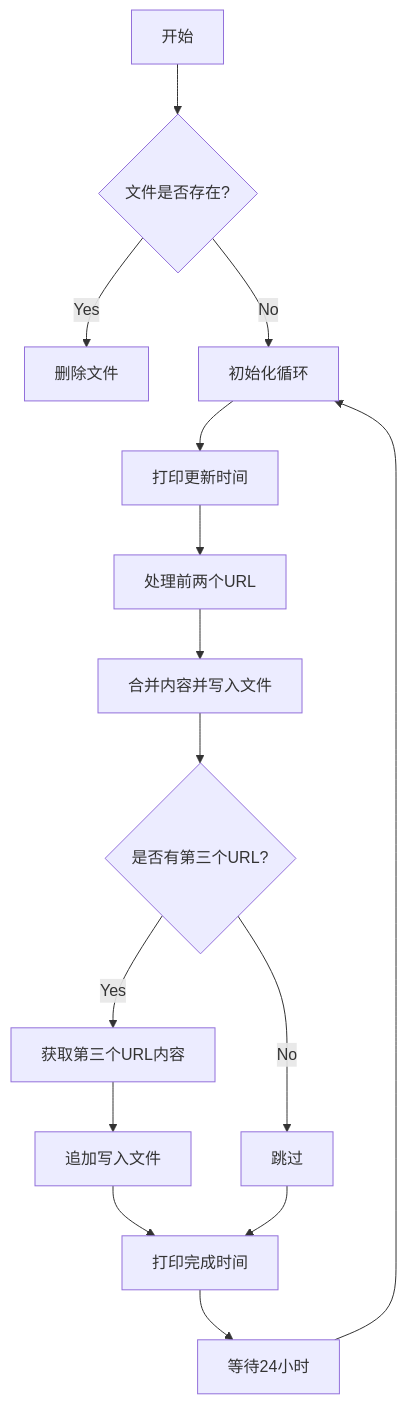
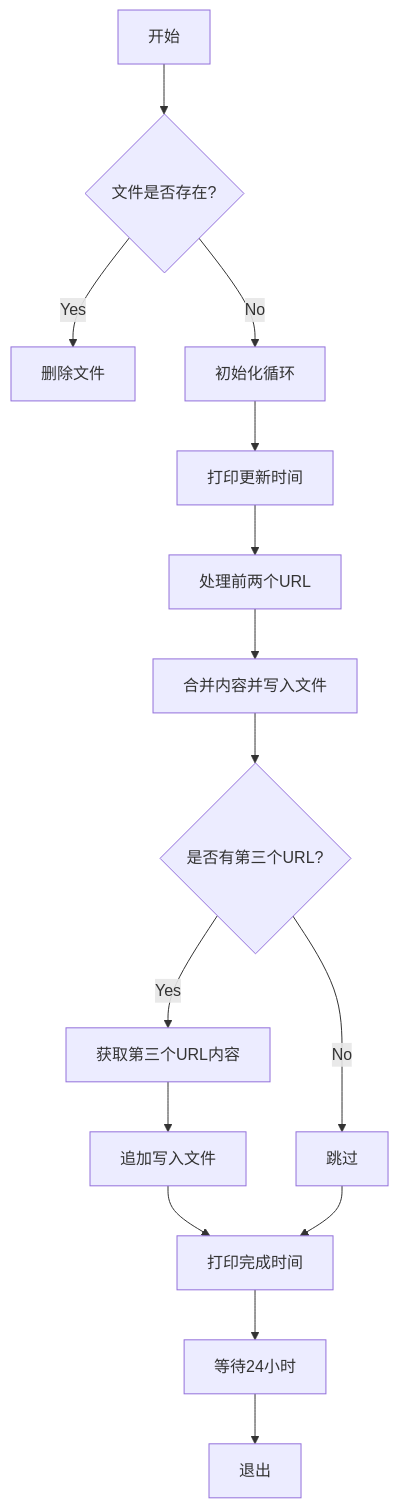
Before and after one commit to 7huukdlnkjkjba/Real-time-crawling-nodes.py: the diagram in README.md, drawn with Mermaid.

````diff
--- a/README.md
+++ b/README.md
@@ -15,17 +15,17 @@
 ```mermaid
 flowchart TD
     A[开始] --> B{文件是否存在?}
     B -->|Yes| C[删除文件]
     B -->|No| D[初始化循环]
     D --> E[打印更新时间]
     E --> F[处理前两个URL]
     F --> G[合并内容并写入文件]
     G --> H{是否有第三个URL?}
     H -->|Yes| I[获取第三个URL内容]
     I --> J[追加写入文件]
     H -->|No| K[跳过]
     J --> L[打印完成时间]
     K --> L
     L --> M[等待24小时]
-    M --> D
+    M --> 退出
 ```
````
